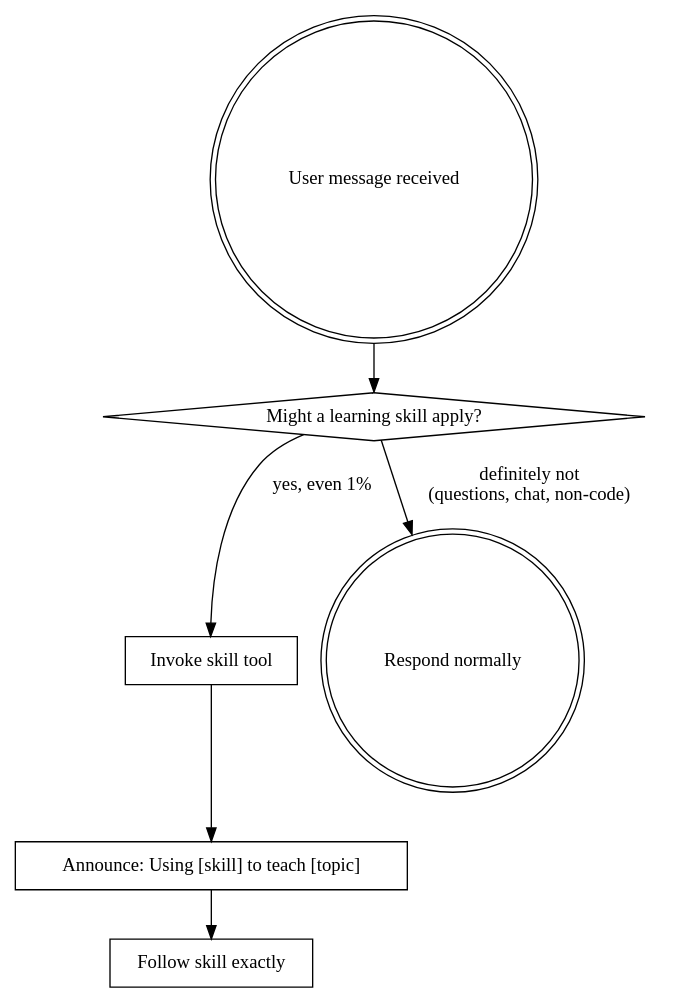
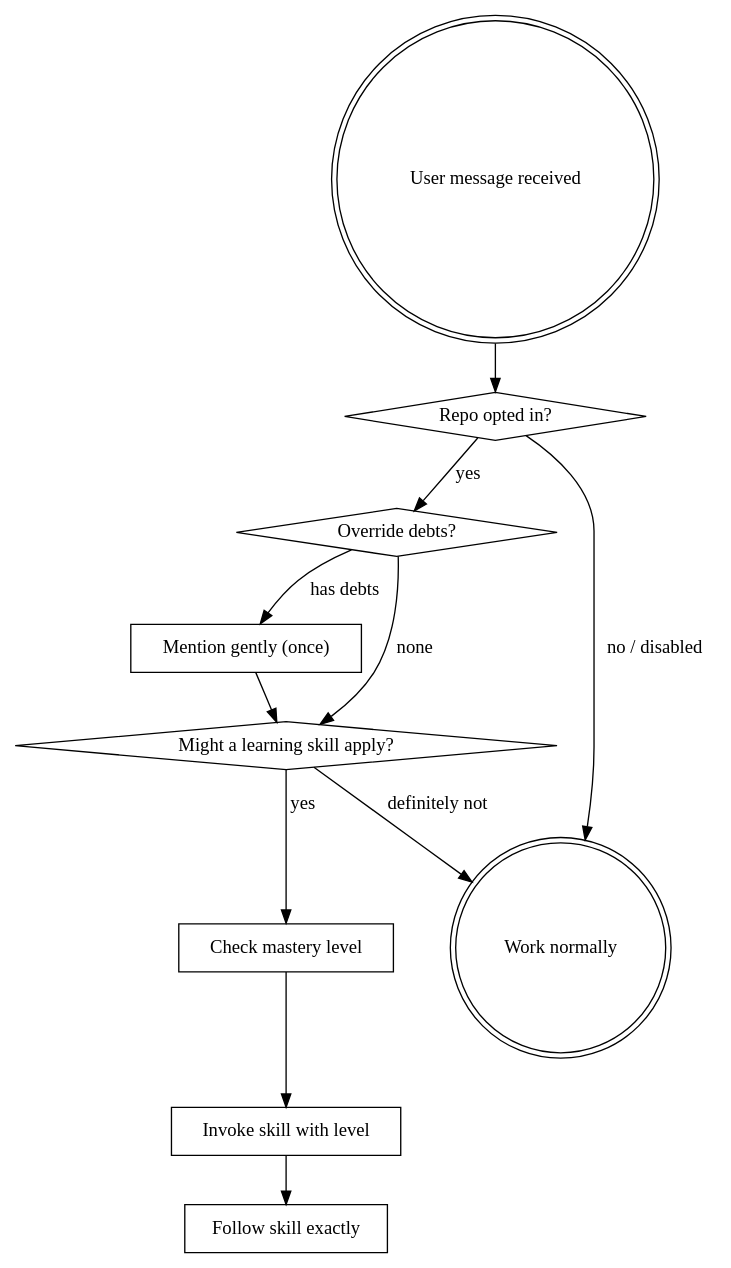
Before and after one commit to abossard/andre-agents: the diagram in skills/using-learning-first/SKILL.md, drawn with Graphviz. The commit also changed other lines of this file and 3 other files, not shown here.

First line of the commit message:
feat: add repo-scoped data, progressive assistance, override mode

````diff
--- a/skills/using-learning-first/SKILL.md
+++ b/skills/using-learning-first/SKILL.md
@@ -57,16 +122,24 @@
 ```dot
 digraph skill_flow {
     "User message received" [shape=doublecircle];
+    "Repo opted in?" [shape=diamond];
+    "Override debts?" [shape=diamond];
+    "Mention gently (once)" [shape=box];
     "Might a learning skill apply?" [shape=diamond];
-    "Invoke skill tool" [shape=box];
-    "Announce: Using [skill] to teach [topic]" [shape=box];
+    "Check mastery level" [shape=box];
+    "Invoke skill with level" [shape=box];
     "Follow skill exactly" [shape=box];
-    "Respond normally" [shape=doublecircle];
+    "Work normally" [shape=doublecircle];
 
-    "User message received" -> "Might a learning skill apply?";
-    "Might a learning skill apply?" -> "Invoke skill tool" [label="yes, even 1%"];
-    "Might a learning skill apply?" -> "Respond normally" [label="definitely not\n(questions, chat, non-code)"];
-    "Invoke skill tool" -> "Announce: Using [skill] to teach [topic]";
-    "Announce: Using [skill] to teach [topic]" -> "Follow skill exactly";
+    "User message received" -> "Repo opted in?";
+    "Repo opted in?" -> "Work normally" [label="no / disabled"];
+    "Repo opted in?" -> "Override debts?" [label="yes"];
+    "Override debts?" -> "Mention gently (once)" [label="has debts"];
+    "Override debts?" -> "Might a learning skill apply?" [label="none"];
+    "Mention gently (once)" -> "Might a learning skill apply?";
+    "Might a learning skill apply?" -> "Check mastery level" [label="yes"];
+    "Might a learning skill apply?" -> "Work normally" [label="definitely not"];
+    "Check mastery level" -> "Invoke skill with level";
+    "Invoke skill with level" -> "Follow skill exactly";
 }
 ```
````
